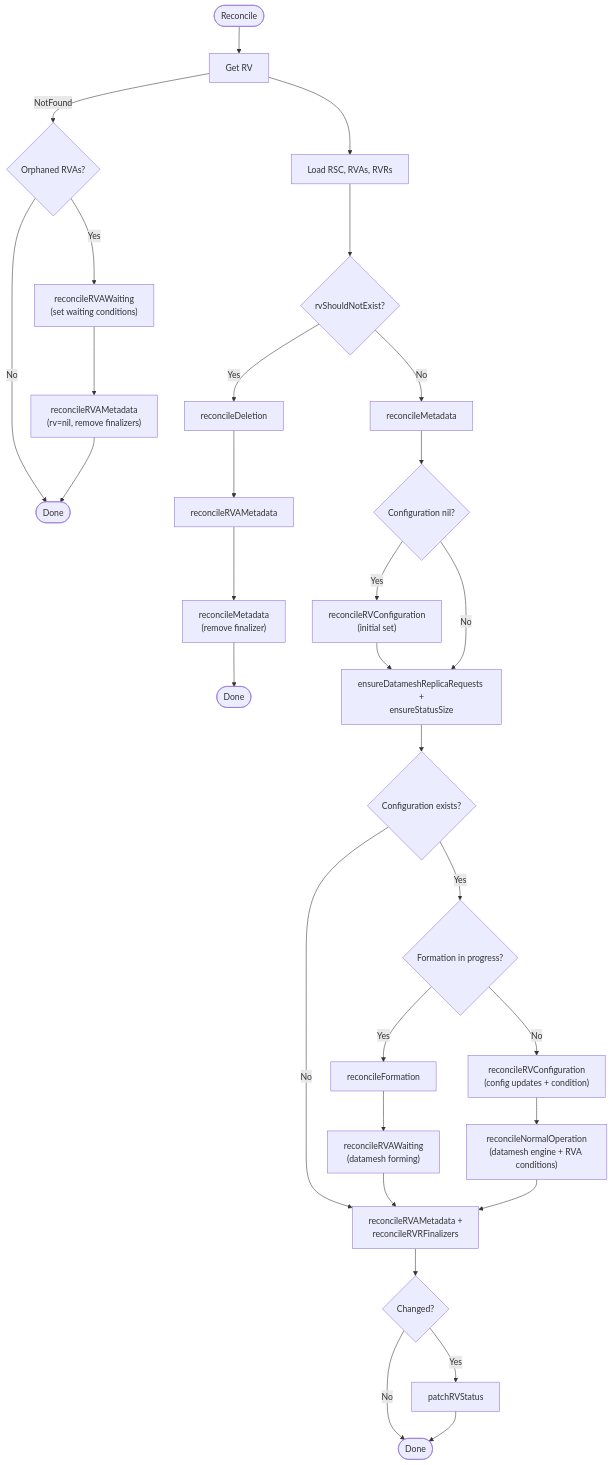
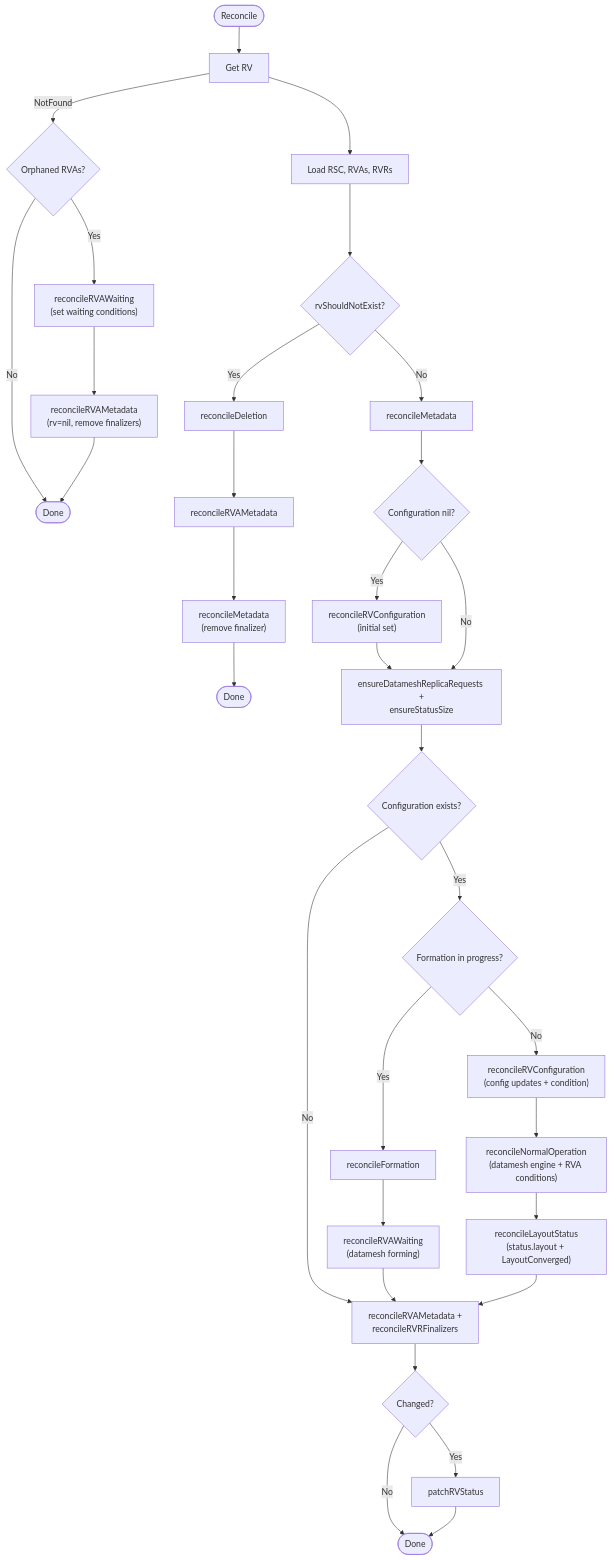
Before and after one commit to deckhouse/sds-replicated-volume: the first of 12 diagrams in images/controller/internal/controllers/rv_controller/README.md, drawn with Mermaid. The commit also changed other lines of this file and 12 other files, not shown here.

Commit message:
[controller,api] Add LayoutConverged condition and honest RSC volume counters

````diff
--- a/images/controller/internal/controllers/rv_controller/README.md
+++ b/images/controller/internal/controllers/rv_controller/README.md
@@ -150,39 +155,40 @@
 ```mermaid
 flowchart TD
     Start([Reconcile]) --> GetRV[Get RV]
     GetRV -->|NotFound| CheckOrphanedRVAs{Orphaned RVAs?}
     CheckOrphanedRVAs -->|No| Done1([Done])
     CheckOrphanedRVAs -->|Yes| OrphanedWaiting["reconcileRVAWaiting<br/>(set waiting conditions)"]
     OrphanedWaiting --> OrphanedFinalizers["reconcileRVAMetadata<br/>(rv=nil, remove finalizers)"]
     OrphanedFinalizers --> Done1
     GetRV --> LoadDeps[Load RSC, RVAs, RVRs]
 
     LoadDeps --> CheckDelete{rvShouldNotExist?}
     CheckDelete -->|Yes| Deletion[reconcileDeletion]
     Deletion --> RVAFinDel[reconcileRVAMetadata]
     RVAFinDel --> MetaDel["reconcileMetadata<br/>(remove finalizer)"]
     MetaDel --> Done3([Done])
 
     CheckDelete -->|No| Meta[reconcileMetadata]
     Meta --> CheckConfigNil{Configuration nil?}
     CheckConfigNil -->|Yes| InitConfig["reconcileRVConfiguration<br/>(initial set)"]
     InitConfig --> EnsurePending
     CheckConfigNil -->|No| EnsurePending
     EnsurePending["ensureDatameshReplicaRequests +<br/>ensureStatusSize"]
     EnsurePending --> CheckConfig{Configuration exists?}
     CheckConfig -->|No| Finalizers
 
     CheckConfig -->|Yes| CheckForming{Formation in progress?}
     CheckForming -->|Yes| Formation[reconcileFormation]
     Formation --> FormingRVAWaiting["reconcileRVAWaiting<br/>(datamesh forming)"]
     FormingRVAWaiting --> Finalizers
     CheckForming -->|No| UpdateConfig["reconcileRVConfiguration<br/>(config updates + condition)"]
     UpdateConfig --> NormalOp["reconcileNormalOperation<br/>(datamesh engine + RVA conditions)"]
-    NormalOp --> Finalizers
+    NormalOp --> LayoutStatus["reconcileLayoutStatus<br/>(status.layout + LayoutConverged)"]
+    LayoutStatus --> Finalizers
 
     Finalizers["reconcileRVAMetadata +<br/>reconcileRVRFinalizers"]
     Finalizers --> PatchDecision{Changed?}
     PatchDecision -->|Yes| Patch[patchRVStatus]
     PatchDecision -->|No| EndNode([Done])
     Patch --> EndNode
 ```
````
